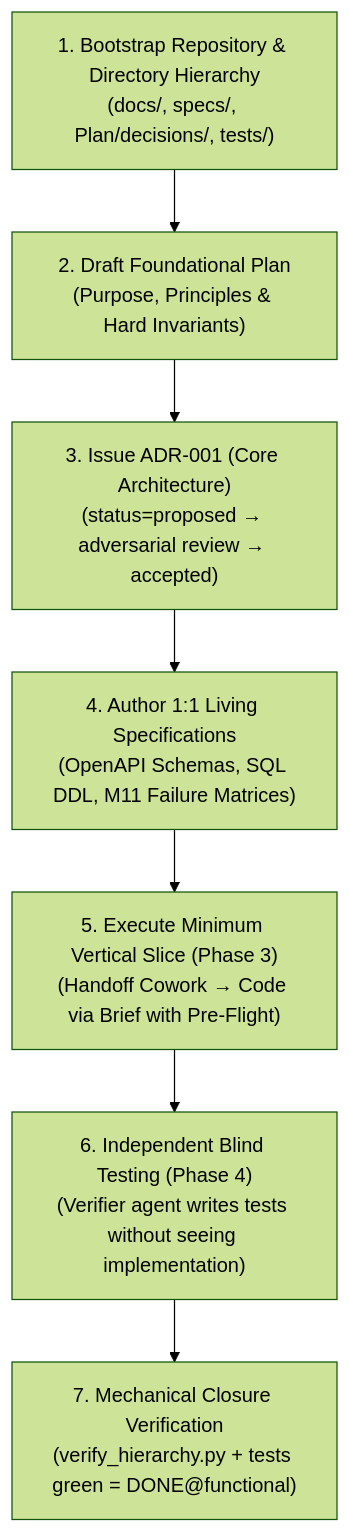
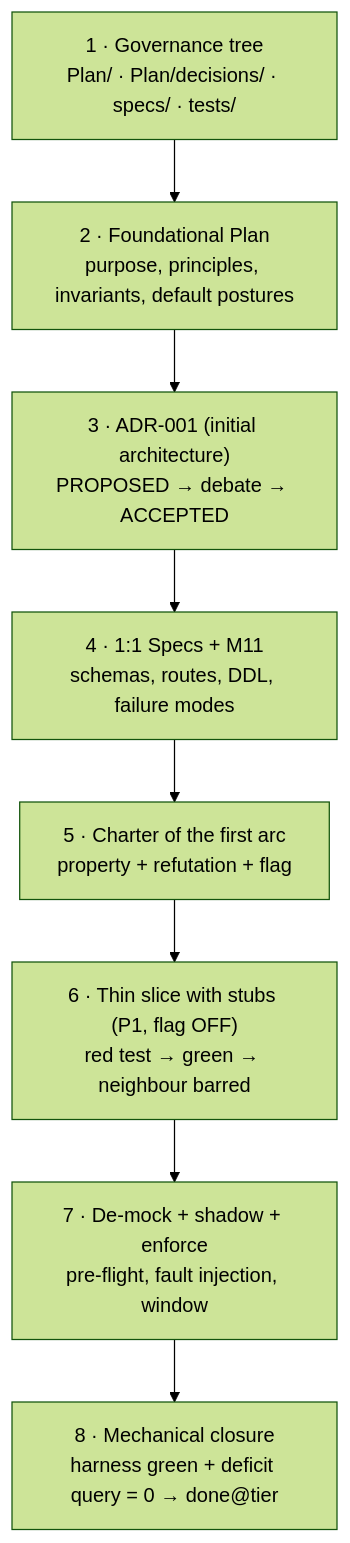
The first of 2 diagrams in docs/en/08-application-guide.md (fuzaro/EEEMIAD), drawn with Mermaid (forest theme) before and after one commit. The commit also changed other lines of this file and 65 other files, not shown here.

````diff
--- a/docs/en/08-application-guide.md
+++ b/docs/en/08-application-guide.md
@@ -8,9 +12,10 @@
 ```mermaid
 flowchart TD
-    G1["1. Bootstrap Repository & Directory Hierarchy<br/>(docs/, specs/, Plan/decisions/, tests/)"] --> G2["2. Draft Foundational Plan<br/>(Purpose, Principles & Hard Invariants)"]
-    G2 --> G3["3. Issue ADR-001 (Core Architecture)<br/>(status=proposed → adversarial review → accepted)"]
-    G3 --> G4["4. Author 1:1 Living Specifications<br/>(OpenAPI Schemas, SQL DDL, M11 Failure Matrices)"]
-    G4 --> G5["5. Execute Minimum Vertical Slice (Phase 3)<br/>(Handoff Cowork → Code via Brief with Pre-Flight)"]
-    G5 --> G6["6. Independent Blind Testing (Phase 4)<br/>(Verifier agent writes tests without seeing implementation)"]
-    G6 --> G7["7. Mechanical Closure Verification<br/>(verify_hierarchy.py + tests green = DONE@functional)"]
+    G1["1 · Governance tree<br/>Plan/ · Plan/decisions/ · specs/ · tests/"] --> G2["2 · Foundational Plan<br/>purpose, principles, invariants, default postures"]
+    G2 --> G3["3 · ADR-001 (initial architecture)<br/>PROPOSED → debate → ACCEPTED"]
+    G3 --> G4["4 · 1:1 Specs + M11<br/>schemas, routes, DDL, failure modes"]
+    G4 --> G5["5 · Charter of the first arc<br/>property + refutation + flag"]
+    G5 --> G6["6 · Thin slice with stubs (P1, flag OFF)<br/>red test → green → neighbour barred"]
+    G6 --> G7["7 · De-mock + shadow + enforce<br/>pre-flight, fault injection, window"]
+    G7 --> G8["8 · Mechanical closure<br/>harness green + deficit query = 0 → done@tier"]
 ```
````
